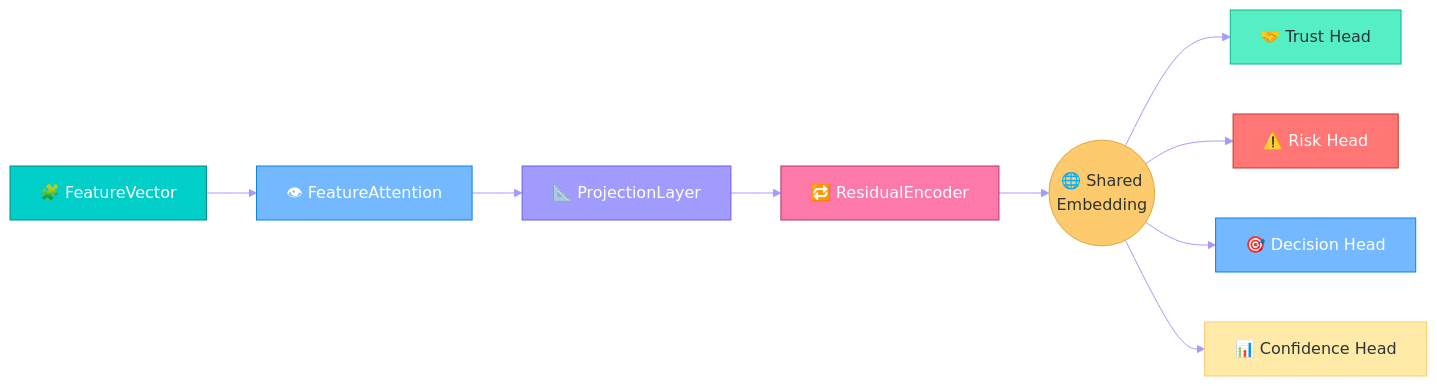
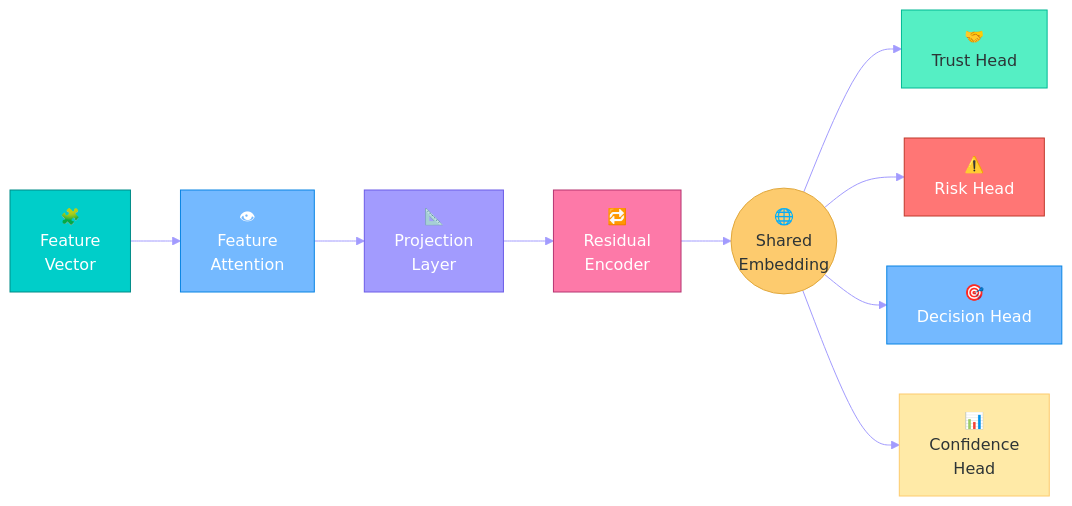
The fifth of 15 diagrams in README.md (couder-04/NeuralAuth), drawn with Mermaid before and after one commit. The commit also changed other lines of this file, not shown here.

````diff
--- a/README.md
+++ b/README.md
@@ -272,22 +272,22 @@
 ```mermaid
 %%{init: {'theme':'base', 'themeVariables': {'primaryColor':'#6c5ce7','primaryTextColor':'#fff','primaryBorderColor':'#341f97','lineColor':'#a29bfe'}}}%%
 flowchart LR
-    FV["🧩 FeatureVector"] --> FA["👁 FeatureAttention"]
-    FA --> PL["📐 ProjectionLayer"]
-    PL --> RE2["🔁 ResidualEncoder"]
-    RE2 --> EMB(("🌐 Shared<br/>Embedding"))
-    EMB --> T["🤝 Trust Head"]
-    EMB --> R["⚠️ Risk Head"]
-    EMB --> D["🎯 Decision Head"]
-    EMB --> CF["📊 Confidence Head"]
+    FV["🧩<br/>Feature<br/>Vector"] --> FA["👁<br/>Feature<br/>Attention"]
+    FA --> PL["📐<br/>Projection<br/>Layer"]
+    PL --> RE2["🔁<br/>Residual<br/>Encoder"]
+    RE2 --> EMB(("🌐<br/>Shared<br/>Embedding"))
+    EMB --> T["🤝<br/>Trust Head"]
+    EMB --> R["⚠️<br/>Risk Head"]
+    EMB --> D["🎯<br/>Decision Head"]
+    EMB --> CF["📊<br/>Confidence<br/>Head"]
 
     style FV fill:#00cec9,stroke:#008b87,color:#fff
     style FA fill:#74b9ff,stroke:#0984e3,color:#fff
     style PL fill:#a29bfe,stroke:#6c5ce7,color:#fff
     style RE2 fill:#fd79a8,stroke:#b53471,color:#fff
     style EMB fill:#fdcb6e,stroke:#e1a83c,color:#2d3436
     style T fill:#55efc4,stroke:#00b894,color:#2d3436
     style R fill:#ff7675,stroke:#c0392b,color:#fff
     style D fill:#74b9ff,stroke:#0984e3,color:#fff
     style CF fill:#ffeaa7,stroke:#fdcb6e,color:#2d3436
 ```
````
